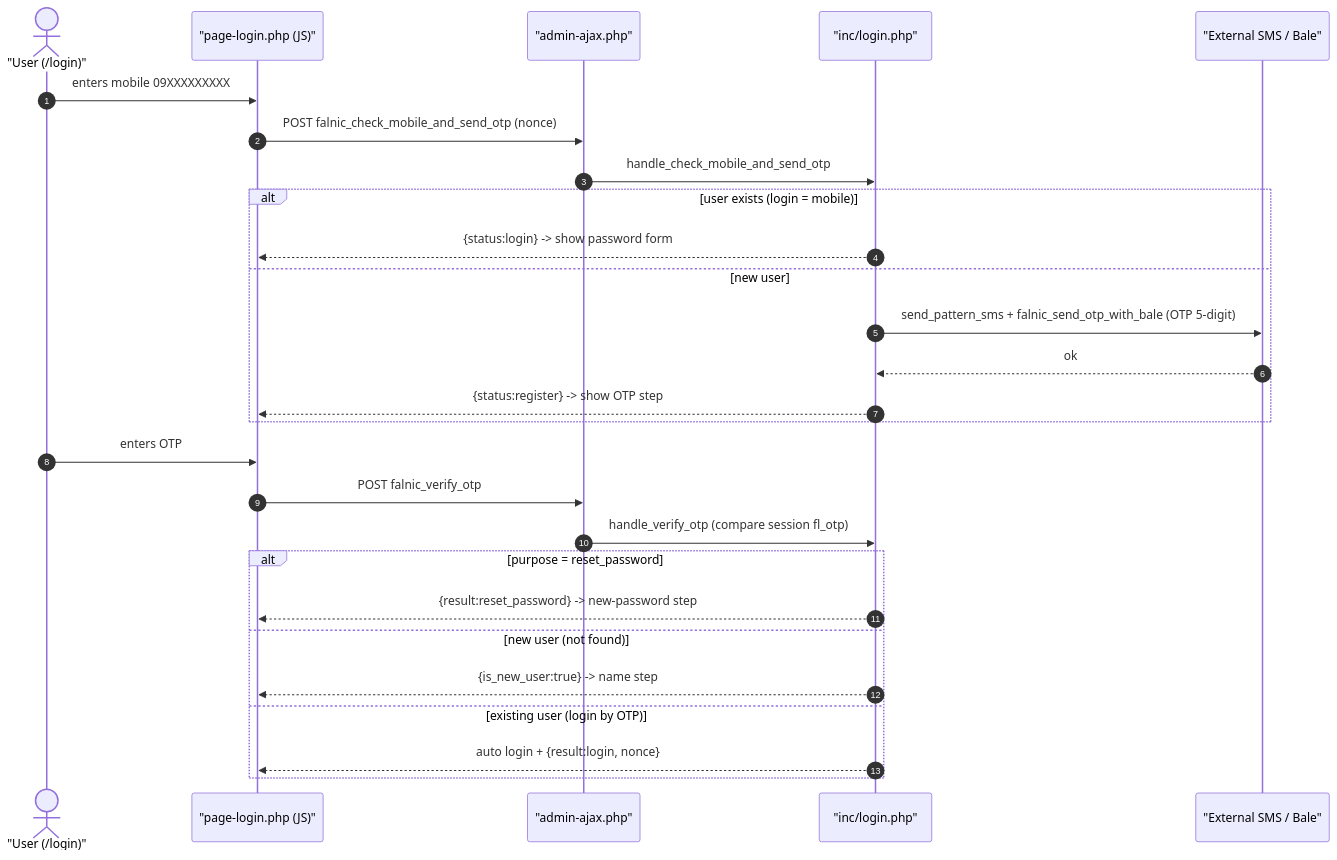
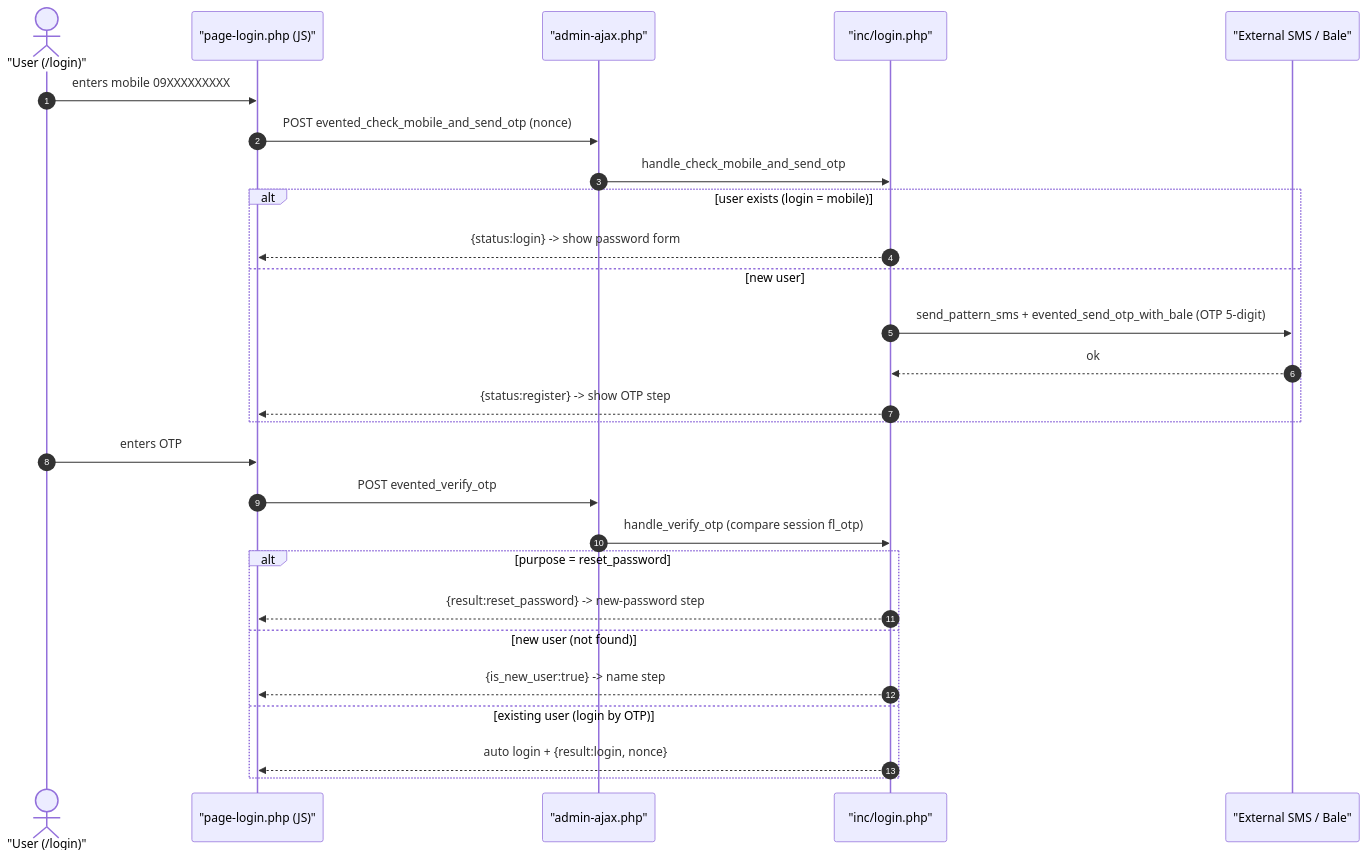
Before and after one commit to ahmad75naraghi/learndash-theme: the third of 7 diagrams in ARCHITECTURE.md, drawn with Mermaid. The commit also changed other lines of this file and 4 other files, not shown here.

````diff
--- a/ARCHITECTURE.md
+++ b/ARCHITECTURE.md
@@ -150,31 +150,31 @@
 ```mermaid
 sequenceDiagram
     autonumber
     actor U as "User (/login)"
     participant P as "page-login.php (JS)"
     participant A as "admin-ajax.php"
     participant S as "inc/login.php"
     participant X as "External SMS / Bale"
 
     U->>P: enters mobile 09XXXXXXXXX
-    P->>A: POST falnic_check_mobile_and_send_otp (nonce)
+    P->>A: POST evented_check_mobile_and_send_otp (nonce)
     A->>S: handle_check_mobile_and_send_otp
     alt user exists (login = mobile)
         S-->>P: {status:login} -> show password form
     else new user
-        S->>X: send_pattern_sms + falnic_send_otp_with_bale (OTP 5-digit)
+        S->>X: send_pattern_sms + evented_send_otp_with_bale (OTP 5-digit)
         X-->>S: ok
         S-->>P: {status:register} -> show OTP step
     end
 
     U->>P: enters OTP
-    P->>A: POST falnic_verify_otp
+    P->>A: POST evented_verify_otp
     A->>S: handle_verify_otp (compare session fl_otp)
     alt purpose = reset_password
         S-->>P: {result:reset_password} -> new-password step
     else new user (not found)
         S-->>P: {is_new_user:true} -> name step
     else existing user (login by OTP)
         S-->>P: auto login + {result:login, nonce}
     end
 ```
````
